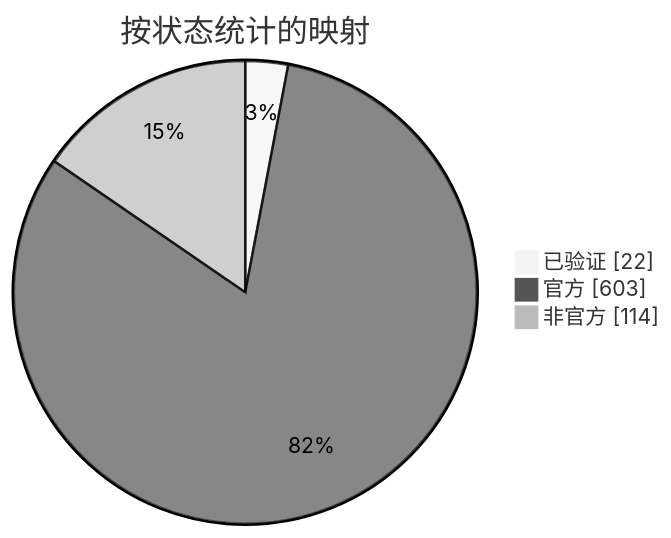
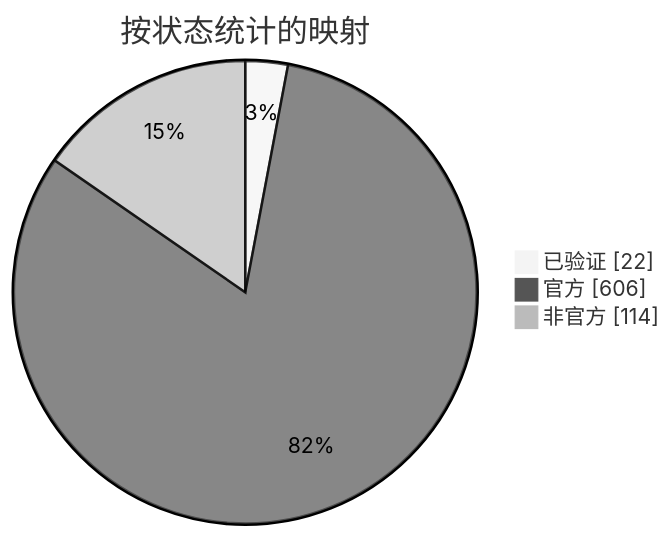
Before and after one commit to nobrega8/mbmap-library: the diagram in docs/readme/README_ZHS.md, drawn with Mermaid (neutral theme). The commit also changed 8 other files, not shown here.

````diff
--- a/docs/readme/README_ZHS.md
+++ b/docs/readme/README_ZHS.md
@@ -54,7 +54,7 @@
 ```mermaid
 pie showData
     title 按状态统计的映射
     "已验证" : 22
-    "官方" : 603
+    "官方" : 606
     "非官方" : 114
 ```
````
